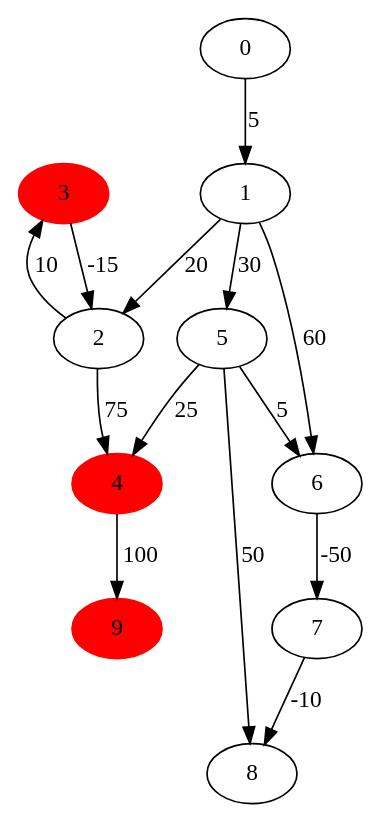
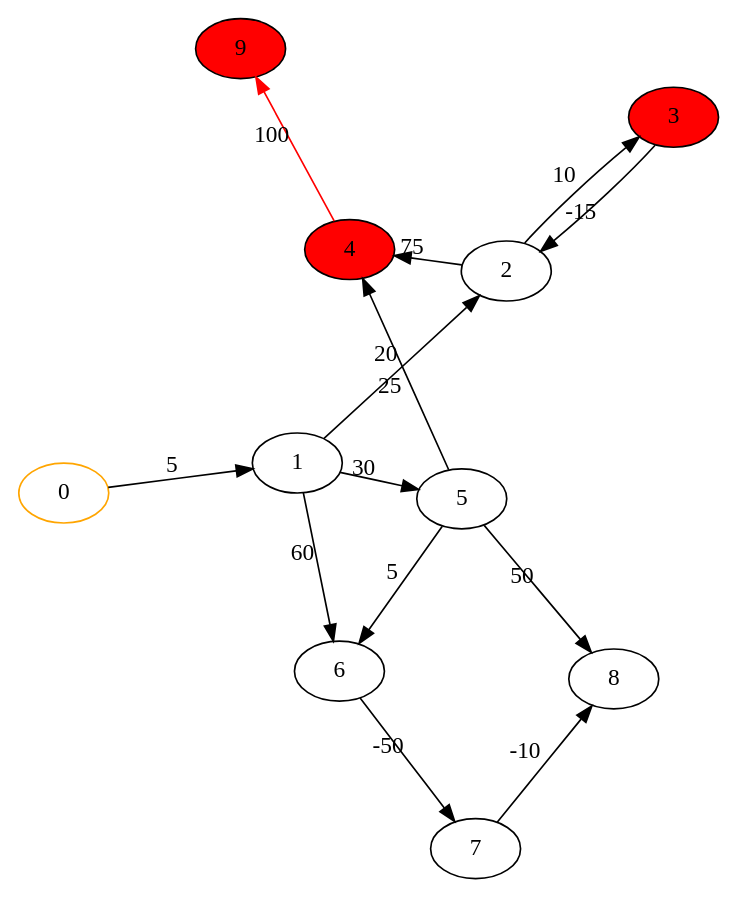
One commit to evvic/graph-theory changed the diagram in Bellman-Ford/graphs/gtest.gv. Above: the diagram before and after it, drawn with Graphviz. The commit also changed 4 other files, not shown here.

Commit message:
new graph layout

```diff
--- a/Bellman-Ford/graphs/gtest.gv
+++ b/Bellman-Ford/graphs/gtest.gv
@@ -1,43 +1,49 @@
 digraph gtest {
 
+    layout="neato";
+    overlap="false";
+    sep="+20";
+    splines=true;
+
     // Prestyling of nodes
-    //   Red = node in negative cycle
+    //// Red = node in negative cycle
 
-    3 [style=filled, color=red]
-    4 [style=filled, color=red]
-    9 [style=filled, color=red]
+    0 [color=orange ]
+    3 [style=filled, fillcolor=red ]
+    4 [style=filled, fillcolor=red ]
+    9 [style=filled, fillcolor=red ]
 
     // node 0
-    0 -> 1[label="5"]
+    0 -> 1[label="5" minlen=2]
 
     // node 1
-    1 -> 2[label="20"]
-    1 -> 6[label="60"]
-    1 -> 5[label="30"]
+    1 -> 2[label="20" minlen=2]
+    1 -> 6[label="60" minlen=2]
+    1 -> 5[label="30" minlen=2]
 
     // node 2
-    2 -> 3[label="10"]
-    2 -> 4[label="75"]
+    2 -> 3[label="10" minlen=2]
+    2 -> 4[label="75" minlen=2]
 
     // node 3
-    3 -> 2[label="-15"]
+    3 -> 2[label="-15" minlen=2]
 
     // node 4
-    4 -> 9[label="100"]
+    4 -> 9[label="100" minlen=2 color=red]
 
     // node 5
-    5 -> 6[label="5"]
-    5 -> 8[label="50"]
-    5 -> 4[label="25"]
+    5 -> 6[label="5" minlen=2]
+    5 -> 8[label="50" minlen=2]
+    5 -> 4[label="25" minlen=2]
 
     // node 6
-    6 -> 7[label="-50"]
+    6 -> 7[label="-50" minlen=2]
 
     // node 7
-    7 -> 8[label="-10"]
+    7 -> 8[label="-10" minlen=2]
 
     // node 8
 
     // node 9
 
 }
```
